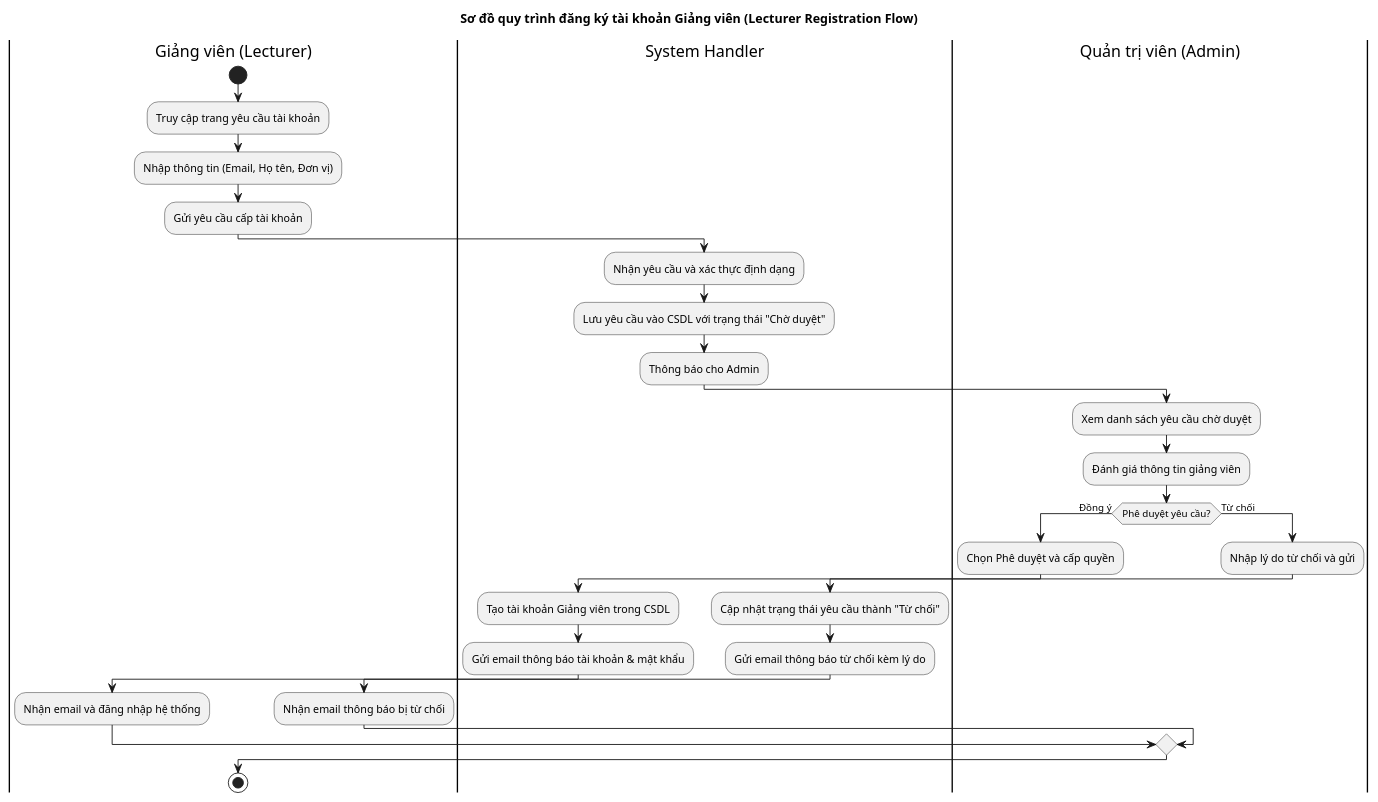
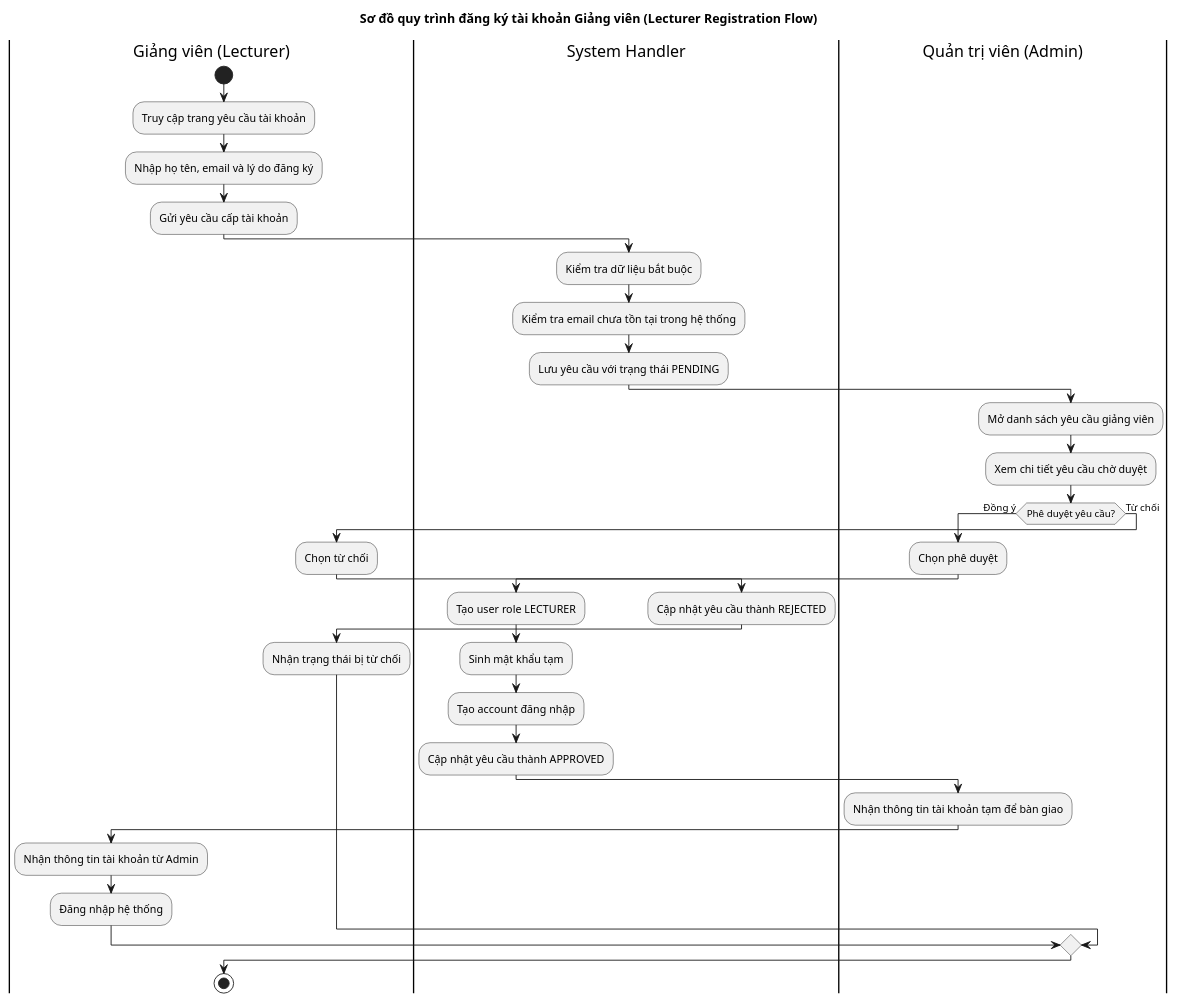
Before and after one commit to lgdlong/chatbot-rag-fptu: the diagram in docs/srs/flow-lecturer-registration.puml, drawn with PlantUML. The commit also changed 19 other files, not shown here.

Commit message:
docs(srs): cập nhật luồng chat, tài liệu và gói dịch vụ

```diff
--- a/docs/srs/flow-lecturer-registration.puml
+++ b/docs/srs/flow-lecturer-registration.puml
@@ -1,36 +1,39 @@
 @startuml
 title Sơ đồ quy trình đăng ký tài khoản Giảng viên (Lecturer Registration Flow)
 
 |Giảng viên (Lecturer)|
 start
 :Truy cập trang yêu cầu tài khoản;
-:Nhập thông tin (Email, Họ tên, Đơn vị);
+:Nhập họ tên, email và lý do đăng ký;
 :Gửi yêu cầu cấp tài khoản;
 
 |System Handler|
-:Nhận yêu cầu và xác thực định dạng;
-:Lưu yêu cầu vào CSDL với trạng thái "Chờ duyệt";
-:Thông báo cho Admin;
+:Kiểm tra dữ liệu bắt buộc;
+:Kiểm tra email chưa tồn tại trong hệ thống;
+:Lưu yêu cầu với trạng thái PENDING;
 
 |Quản trị viên (Admin)|
-:Xem danh sách yêu cầu chờ duyệt;
-:Đánh giá thông tin giảng viên;
+:Mở danh sách yêu cầu giảng viên;
+:Xem chi tiết yêu cầu chờ duyệt;
 if (Phê duyệt yêu cầu?) then (Đồng ý)
-  :Chọn Phê duyệt và cấp quyền;
+  :Chọn phê duyệt;
   |System Handler|
-  :Tạo tài khoản Giảng viên trong CSDL;
-  :Gửi email thông báo tài khoản & mật khẩu;
+  :Tạo user role LECTURER;
+  :Sinh mật khẩu tạm;
+  :Tạo account đăng nhập;
+  :Cập nhật yêu cầu thành APPROVED;
+  |Quản trị viên (Admin)|
+  :Nhận thông tin tài khoản tạm để bàn giao;
   |Giảng viên (Lecturer)|
-  :Nhận email và đăng nhập hệ thống;
+  :Nhận thông tin tài khoản từ Admin;
+  :Đăng nhập hệ thống;
 else (Từ chối)
-  |Quản trị viên (Admin)|
-  :Nhập lý do từ chối và gửi;
+  :Chọn từ chối;
   |System Handler|
-  :Cập nhật trạng thái yêu cầu thành "Từ chối";
-  :Gửi email thông báo từ chối kèm lý do;
+  :Cập nhật yêu cầu thành REJECTED;
   |Giảng viên (Lecturer)|
-  :Nhận email thông báo bị từ chối;
+  :Nhận trạng thái bị từ chối;
 endif
 
 stop
 @enduml
```
